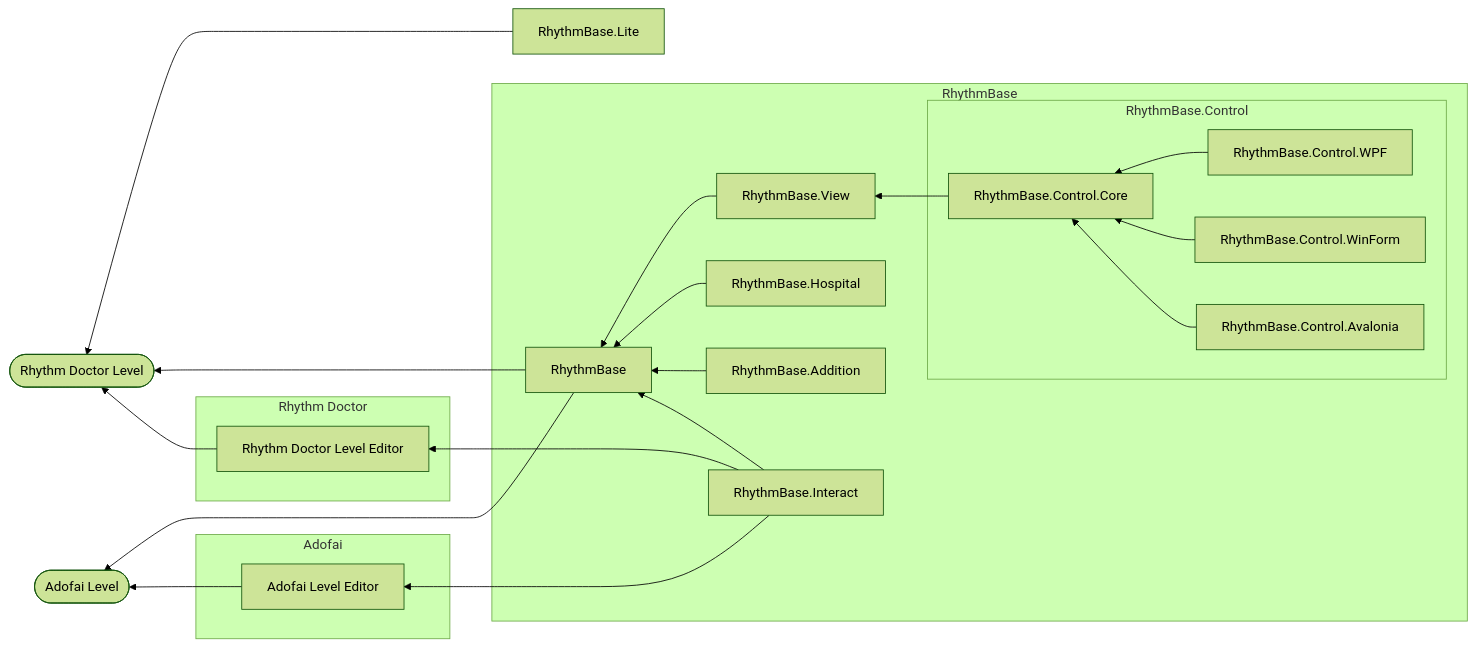
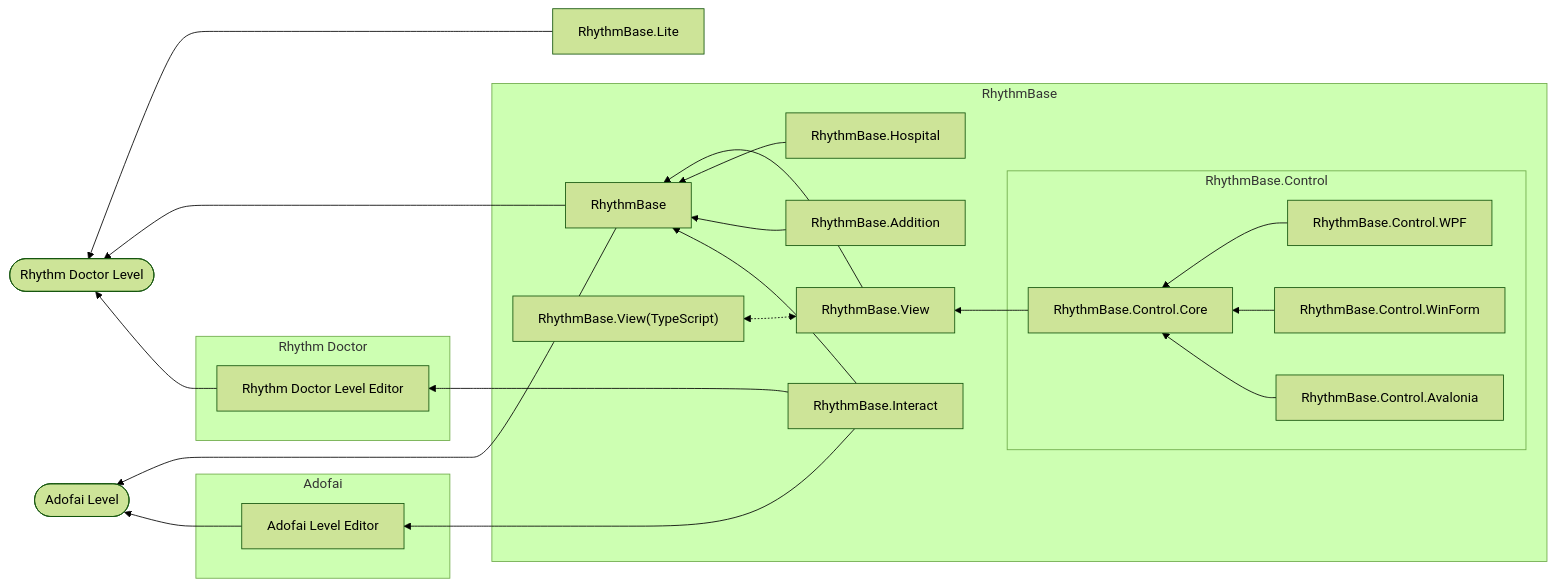
The first of 3 diagrams in README.md (RDCN-Community-Developers/RhythmToolkit), drawn with Mermaid (forest theme) before and after one commit. The commit also changed other lines of this file and 1 other file, not shown here.

````diff
--- a/README.md
+++ b/README.md
@@ -30,31 +42,33 @@
 ```mermaid
 flowchart RL
 RBLite[RhythmBase.Lite]
 subgraph RD[Rhythm Doctor]
   RDLE[Rhythm Doctor Level Editor]
 end
 subgraph AD[Adofai]
   ADLE[Adofai Level Editor]
 end
 RDL([Rhythm Doctor Level])
 ADL([Adofai Level])
 subgraph RBTitle[RhythmBase]
   RB[RhythmBase]
   RBAdd[RhythmBase.Addition]
   RBInt[RhythmBase.Interact]
   RBHos[RhythmBase.Hospital]
   RBV[RhythmBase.View]
+  RBVts["RhythmBase.View(TypeScript)"]
   subgraph RBC[RhythmBase.Control]
     RBCCore[RhythmBase.Control.Core]
     RBCWPF[RhythmBase.Control.WPF]
     RBCWF[RhythmBase.Control.WinForm]
     RBCAva[RhythmBase.Control.Avalonia]
   end
 end
 
 RBLite ---> RDL
 RBCWPF & RBCWF & RBCAva --> RBCCore --> RBV
 RBV & RBHos & RBAdd & RBInt --> RB ---> RDL & ADL
 RBInt ---> RDLE --> RDL
 RBInt ---> ADLE --> ADL
+RBV <-.-> RBVts
 ```
````
